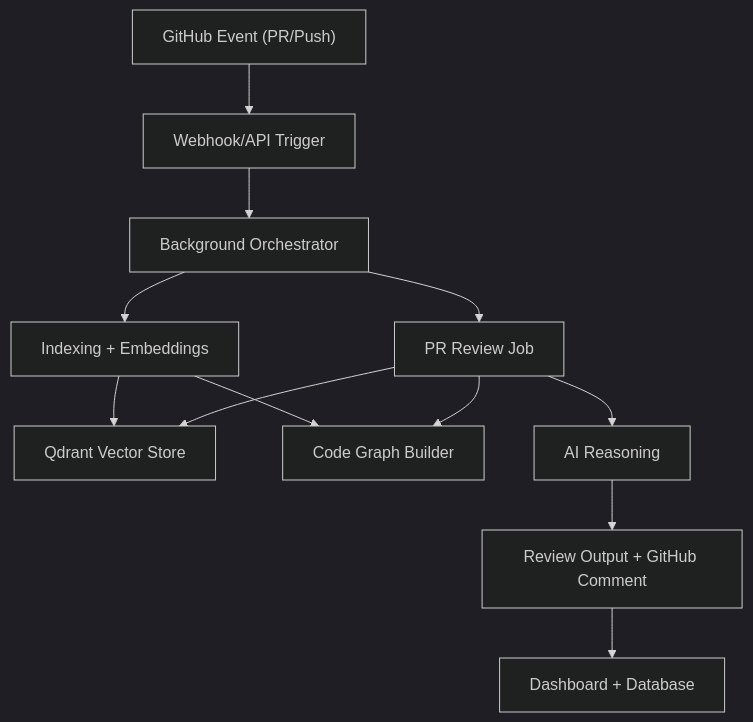
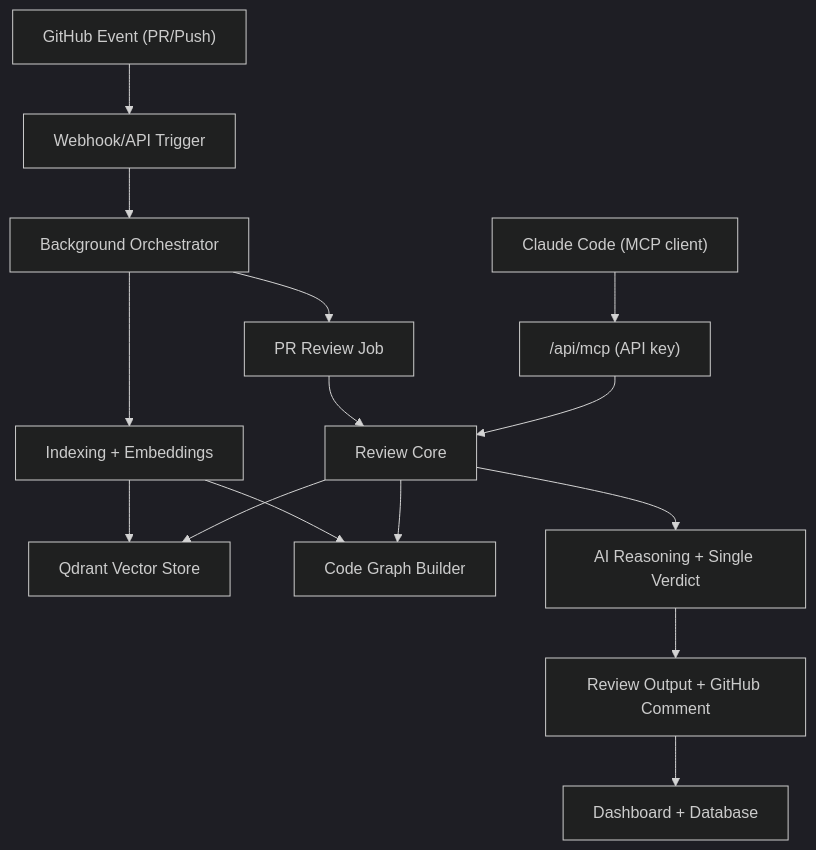
Before and after one commit to mayurbijarniya/Revio: the diagram in README.md, drawn with Mermaid (dark theme). The commit also changed other lines of this file, not shown here.

First line of the commit message:
Update README for v3.3 and v3.4: MCP, single verdict, chat, evaluation

````diff
--- a/README.md
+++ b/README.md
@@ -42,14 +46,17 @@
 ```mermaid
 graph TD
     A["GitHub Event (PR/Push)"] --> B["Webhook/API Trigger"]
     B --> C["Background Orchestrator"]
     C --> D["Indexing + Embeddings"]
     C --> E["PR Review Job"]
     D --> F["Qdrant Vector Store"]
     D --> G["Code Graph Builder"]
-    E --> F
-    E --> G
-    E --> H["AI Reasoning"]
+    E --> K["Review Core"]
+    M["Claude Code (MCP client)"] --> N["/api/mcp (API key)"]
+    N --> K
+    K --> F
+    K --> G
+    K --> H["AI Reasoning + Single Verdict"]
     H --> I["Review Output + GitHub Comment"]
     I --> J["Dashboard + Database"]
 ```
````
